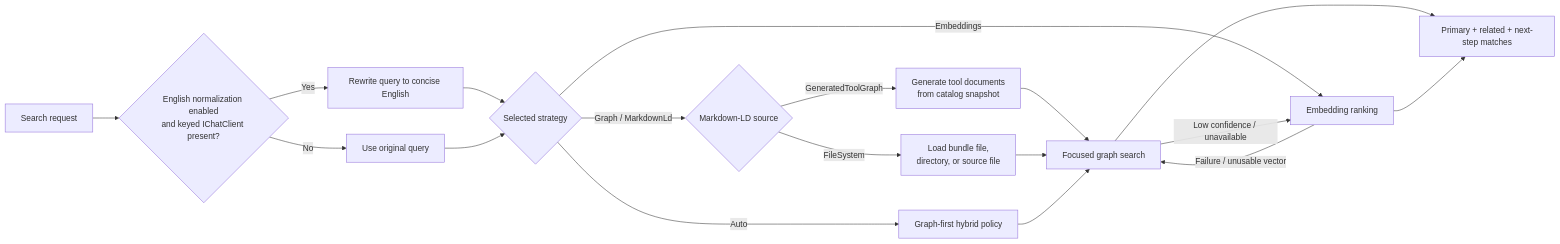
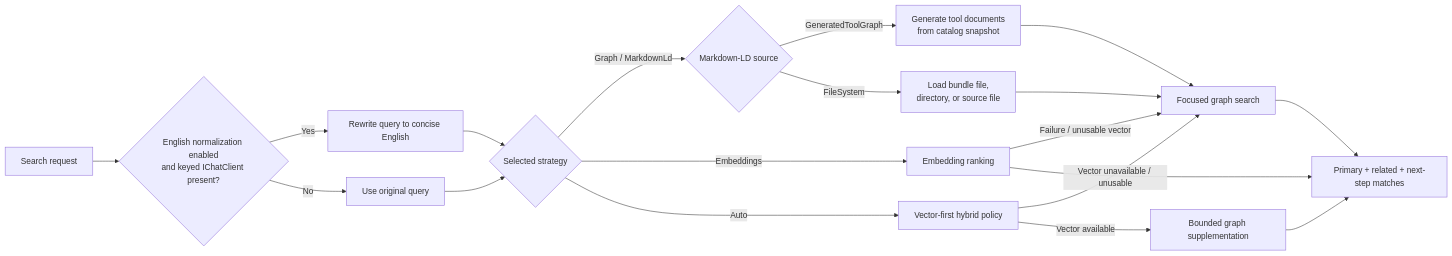
The diagram in docs/Features/SearchQueryNormalizationAndRanking.md (managedcode/MCPGateway), drawn with Mermaid before and after one commit. The commit also changed other lines of this file and 26 other files, not shown here.

````diff
--- a/docs/Features/SearchQueryNormalizationAndRanking.md
+++ b/docs/Features/SearchQueryNormalizationAndRanking.md
@@ -55,20 +56,21 @@
 ```mermaid
 flowchart LR
     Request["Search request"] --> Normalize{"English normalization enabled\nand keyed IChatClient present?"}
     Normalize -->|Yes| Rewrite["Rewrite query to concise English"]
     Normalize -->|No| Original["Use original query"]
     Rewrite --> Strategy{"Selected strategy"}
     Original --> Strategy
     Strategy -->|Graph / MarkdownLd| GraphSource{"Markdown-LD source"}
     GraphSource -->|GeneratedToolGraph| Generated["Generate tool documents\nfrom catalog snapshot"]
     GraphSource -->|FileSystem| FileDocs["Load bundle file,\ndirectory, or source file"]
     Generated --> Graph["Focused graph search"]
     FileDocs --> Graph
     Strategy -->|Embeddings| Vector["Embedding ranking"]
-    Strategy -->|Auto| Policy["Graph-first hybrid policy"]
+    Strategy -->|Auto| Policy["Vector-first hybrid policy"]
     Vector -->|Failure / unusable vector| Graph
-    Policy --> Graph
-    Graph -->|Low confidence / unavailable| Vector
+    Policy -->|Vector unavailable / unusable| Graph
+    Policy -->|Vector available| AutoGraph["Bounded graph supplementation"]
     Graph --> Result["Primary + related + next-step matches"]
+    AutoGraph --> Result
     Vector --> Result
 ```
````
